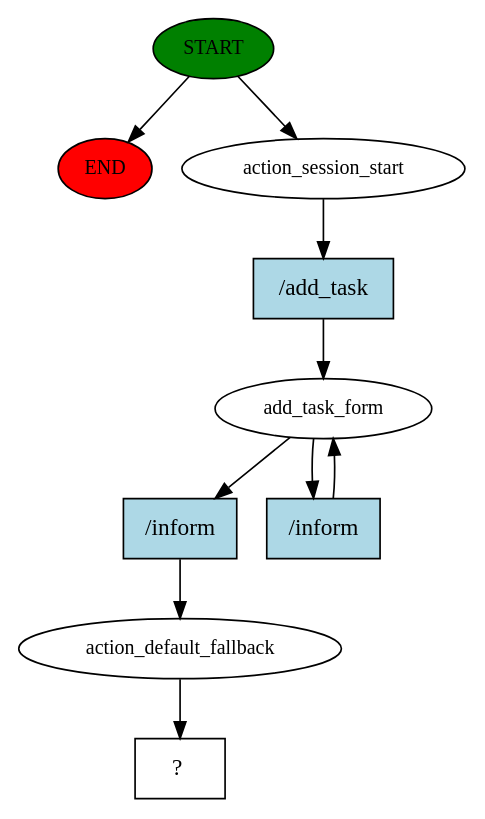
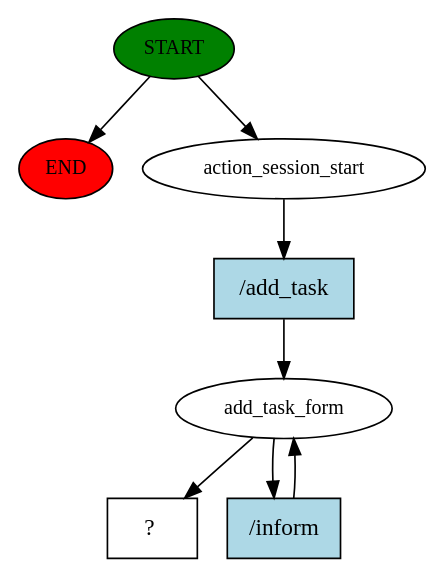
The diagram in backend/story_graph.dot (abeshahsan/voice_reminder), drawn with Graphviz before and after one commit. The commit also changed 2 other files, not shown here.

Commit message:
trying to work with rasa NLU. struggline with task_desc

```diff
--- a/backend/story_graph.dot
+++ b/backend/story_graph.dot
@@ -1,20 +1,16 @@
 digraph  {
 0 [class="start active", fillcolor=green, fontsize=12, label=START, style=filled];
 "-1" [class=end, fillcolor=red, fontsize=12, label=END, style=filled];
 1 [class=active, fontsize=12, label=action_session_start];
 2 [class=active, fontsize=12, label=add_task_form];
-4 [class=active, fontsize=12, label=action_default_fallback];
-5 [class="intent dashed active", label="  ?  ", shape=rect];
-6 [class="intent active", fillcolor=lightblue, label="/add_task", shape=rect, style=filled];
-7 [class="intent active", fillcolor=lightblue, label="/inform", shape=rect, style=filled];
-8 [class="intent active", fillcolor=lightblue, label="/inform", shape=rect, style=filled];
+4 [class="intent dashed active", label="  ?  ", shape=rect];
+5 [class="intent active", fillcolor=lightblue, label="/add_task", shape=rect, style=filled];
+6 [class="intent active", fillcolor=lightblue, label="/inform", shape=rect, style=filled];
 0 -> "-1"  [class="", key=NONE, label=""];
 0 -> 1  [class=active, key=NONE, label=""];
-1 -> 6  [class=active, key=0];
-2 -> 7  [class=active, key=0];
-2 -> 8  [class=active, key=0];
-4 -> 5  [class=active, key=NONE, label=""];
+1 -> 5  [class=active, key=0];
+2 -> 4  [class=active, key=NONE, label=""];
+2 -> 6  [class=active, key=0];
+5 -> 2  [class=active, key=0];
 6 -> 2  [class=active, key=0];
-7 -> 4  [class=active, key=0];
-8 -> 2  [class=active, key=0];
 }
```
